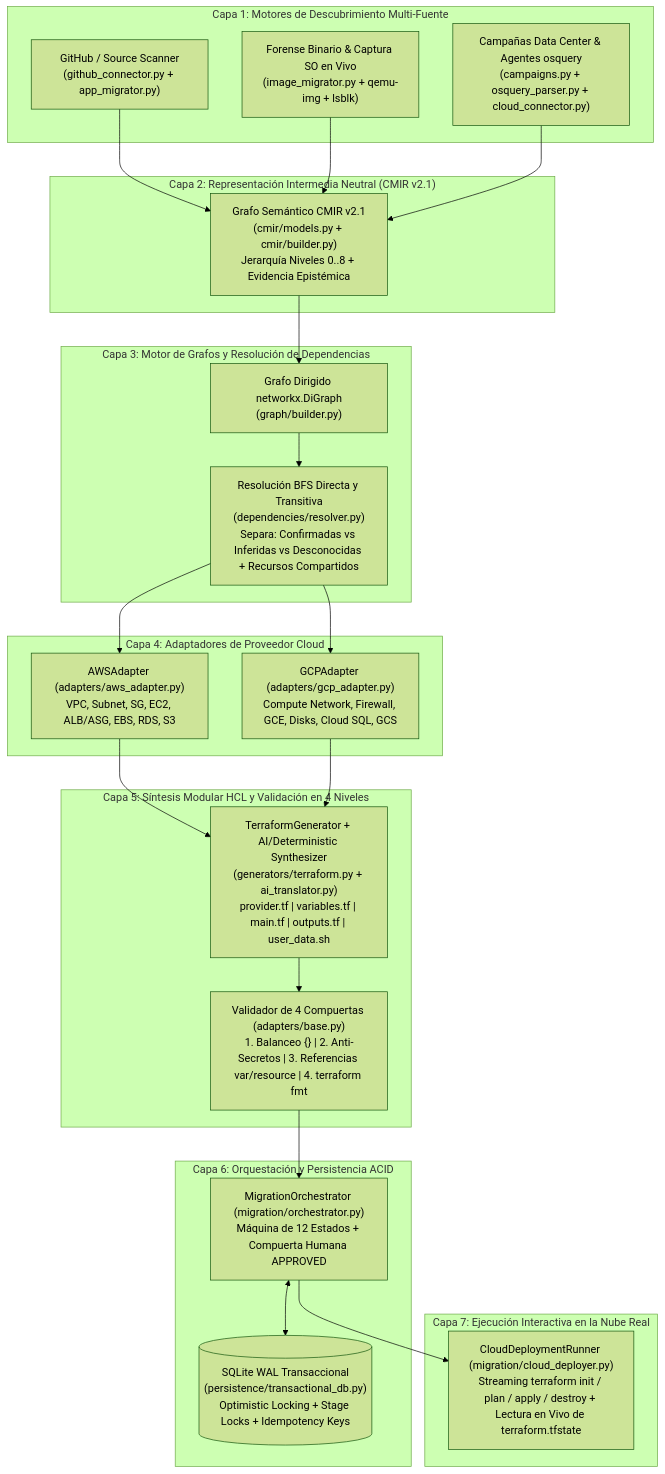
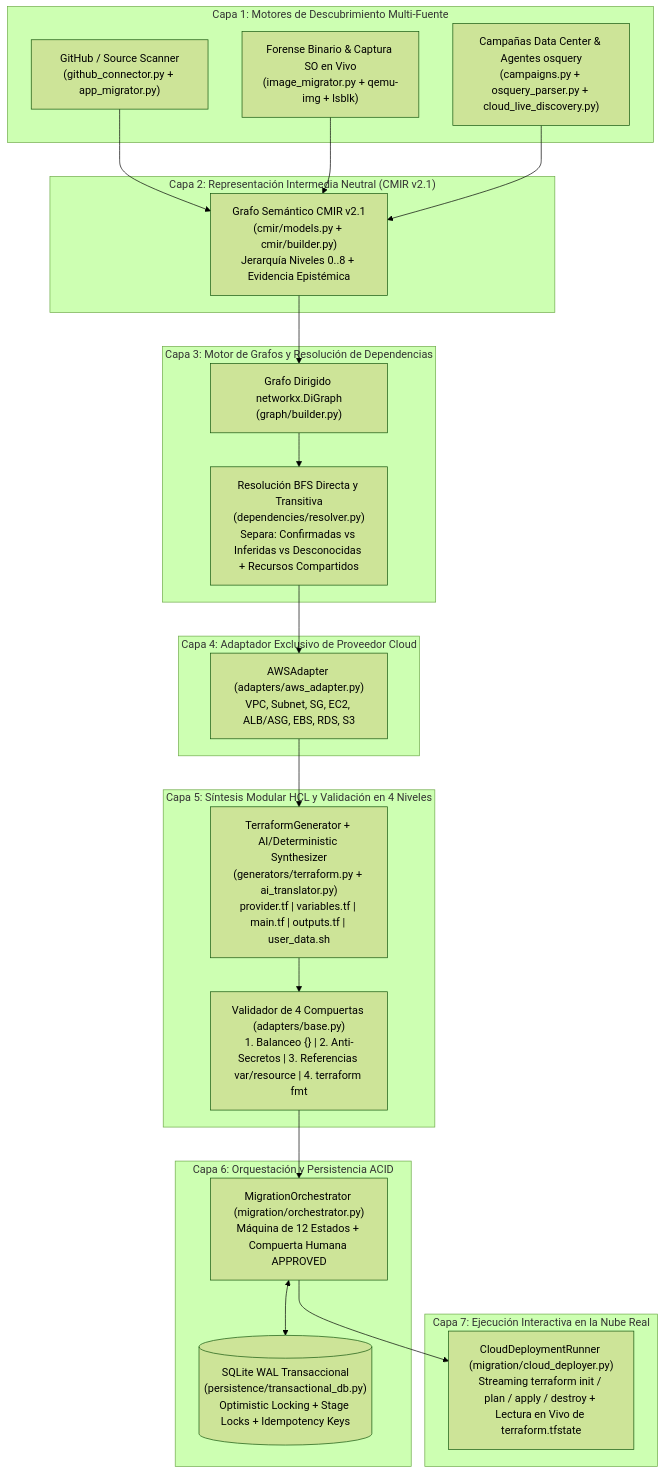
One commit to slopma/CapstoneProject_TI changed the first of 4 diagrams in README.md. Above: the diagram before and after it, drawn with Mermaid (forest theme). The commit also changed other lines of this file and 58 other files, not shown here.

````diff
--- a/README.md
+++ b/README.md
@@ -64,46 +66,45 @@
 ```mermaid
 flowchart TB
     subgraph L1["Capa 1: Motores de Descubrimiento Multi-Fuente"]
         GH["GitHub / Source Scanner<br/>(github_connector.py + app_migrator.py)"]
         VMI["Forense Binario & Captura SO en Vivo<br/>(image_migrator.py + qemu-img + lsblk)"]
-        DC["Campañas Data Center & Agentes osquery<br/>(campaigns.py + osquery_parser.py + cloud_connector.py)"]
+        DC["Campañas Data Center & Agentes osquery<br/>(campaigns.py + osquery_parser.py + cloud_live_discovery.py)"]
     end
 
     subgraph L2["Capa 2: Representación Intermedia Neutral (CMIR v2.1)"]
         CMIR["Grafo Semántico CMIR v2.1<br/>(cmir/models.py + cmir/builder.py)<br/>Jerarquía Niveles 0..8 + Evidencia Epistémica"]
     end
 
     subgraph L3["Capa 3: Motor de Grafos y Resolución de Dependencias"]
         NX["Grafo Dirigido networkx.DiGraph<br/>(graph/builder.py)"]
         BFS["Resolución BFS Directa y Transitiva<br/>(dependencies/resolver.py)<br/>Separa: Confirmadas vs Inferidas vs Desconocidas + Recursos Compartidos"]
     end
 
-    subgraph L4["Capa 4: Adaptadores de Proveedor Cloud"]
+    subgraph L4["Capa 4: Adaptador Exclusivo de Proveedor Cloud"]
         AWS["AWSAdapter (adapters/aws_adapter.py)<br/>VPC, Subnet, SG, EC2, ALB/ASG, EBS, RDS, S3"]
-        GCP["GCPAdapter (adapters/gcp_adapter.py)<br/>Compute Network, Firewall, GCE, Disks, Cloud SQL, GCS"]
     end
 
     subgraph L5["Capa 5: Síntesis Modular HCL y Validación en 4 Niveles"]
         TFGEN["TerraformGenerator + AI/Deterministic Synthesizer<br/>(generators/terraform.py + ai_translator.py)<br/>provider.tf | variables.tf | main.tf | outputs.tf | user_data.sh"]
         VAL["Validador de 4 Compuertas (adapters/base.py)<br/>1. Balanceo {} | 2. Anti-Secretos | 3. Referencias var/resource | 4. terraform fmt"]
     end
 
     subgraph L6["Capa 6: Orquestación y Persistencia ACID"]
         ORCH["MigrationOrchestrator (migration/orchestrator.py)<br/>Máquina de 12 Estados + Compuerta Humana APPROVED"]
         DB[("SQLite WAL Transaccional<br/>(persistence/transactional_db.py)<br/>Optimistic Locking + Stage Locks + Idempotency Keys")]
     end
 
     subgraph L7["Capa 7: Ejecución Interactiva en la Nube Real"]
         DEPLOY["CloudDeploymentRunner (migration/cloud_deployer.py)<br/>Streaming terraform init / plan / apply / destroy + Lectura en Vivo de terraform.tfstate"]
     end
 
     GH --> CMIR
     VMI --> CMIR
     DC --> CMIR
     CMIR --> NX --> BFS
-    BFS --> AWS & GCP
-    AWS & GCP --> TFGEN --> VAL
+    BFS --> AWS
+    AWS --> TFGEN --> VAL
     VAL --> ORCH
     ORCH <--> DB
     ORCH --> DEPLOY
 ```
````
